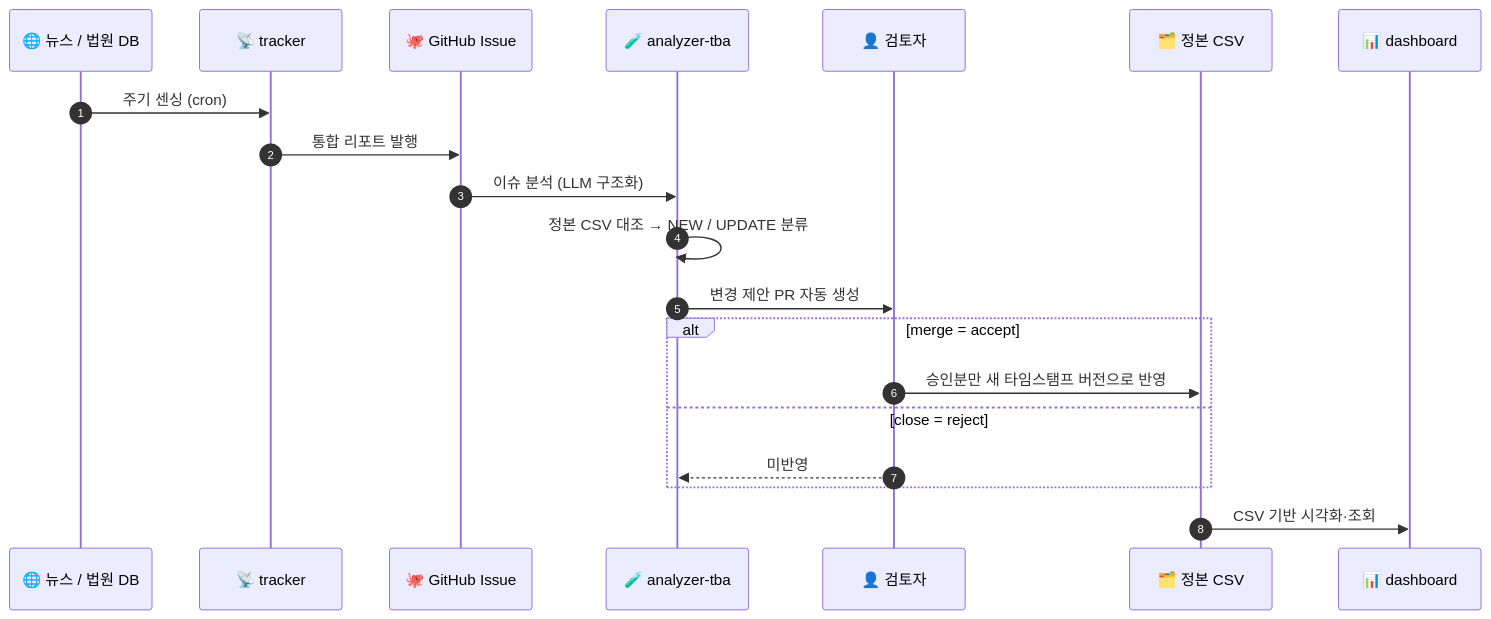
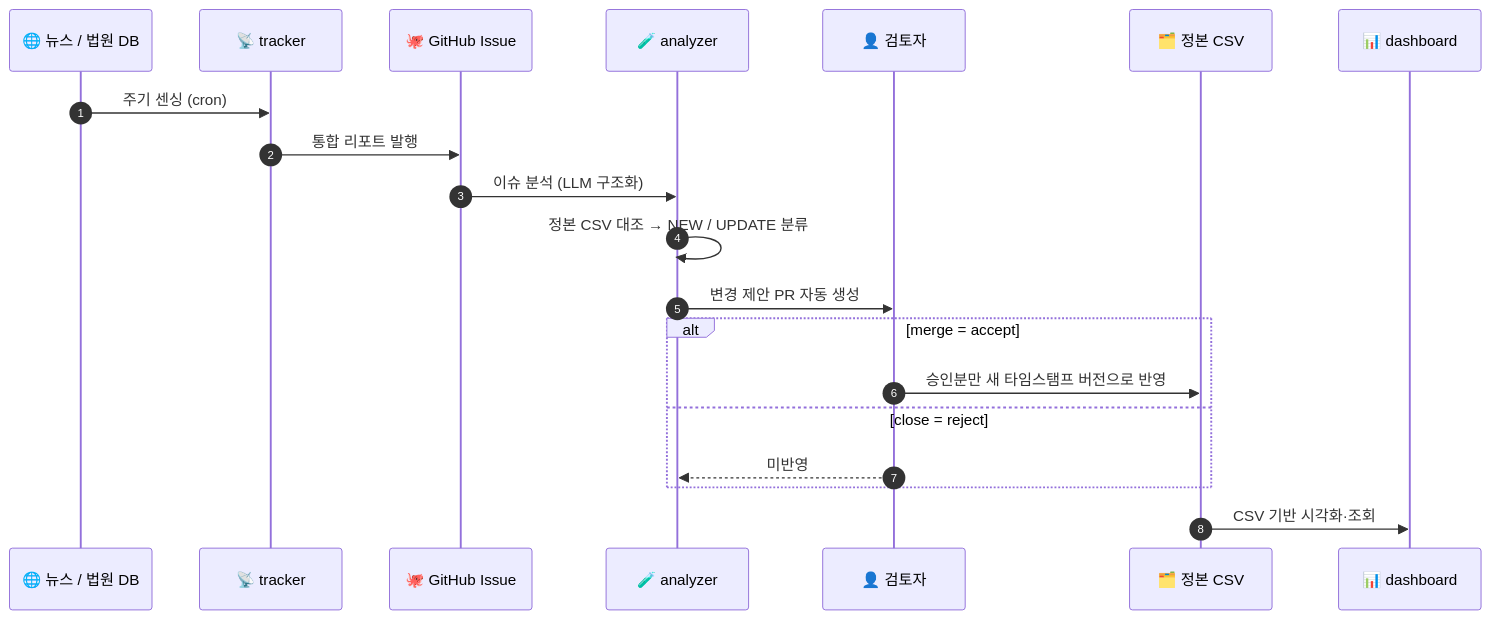
Before and after one commit to aigovsensing/ai-suit-sensing: the second of 3 diagrams in README.md, drawn with Mermaid. The commit also changed other lines of this file and 22 other files, not shown here.

First line of the commit message:
refactor: analyzer-tba 컴포넌트를 analyzer로 개명

````diff
--- a/README.md
+++ b/README.md
@@ -140,23 +140,23 @@
 ```mermaid
 sequenceDiagram
     autonumber
     participant SRC as 🌐 뉴스 / 법원 DB
     participant T as 📡 tracker
     participant GI as 🐙 GitHub Issue
-    participant A as 🧪 analyzer-tba
+    participant A as 🧪 analyzer
     participant H as 👤 검토자
     participant CSV as 🗂️ 정본 CSV
     participant D as 📊 dashboard
 
     SRC->>T: 주기 센싱 (cron)
     T->>GI: 통합 리포트 발행
     GI->>A: 이슈 분석 (LLM 구조화)
     A->>A: 정본 CSV 대조 → NEW / UPDATE 분류
     A->>H: 변경 제안 PR 자동 생성
     alt merge = accept
         H->>CSV: 승인분만 새 타임스탬프 버전으로 반영
     else close = reject
         H-->>A: 미반영
     end
     CSV->>D: CSV 기반 시각화·조회
 ```
````
